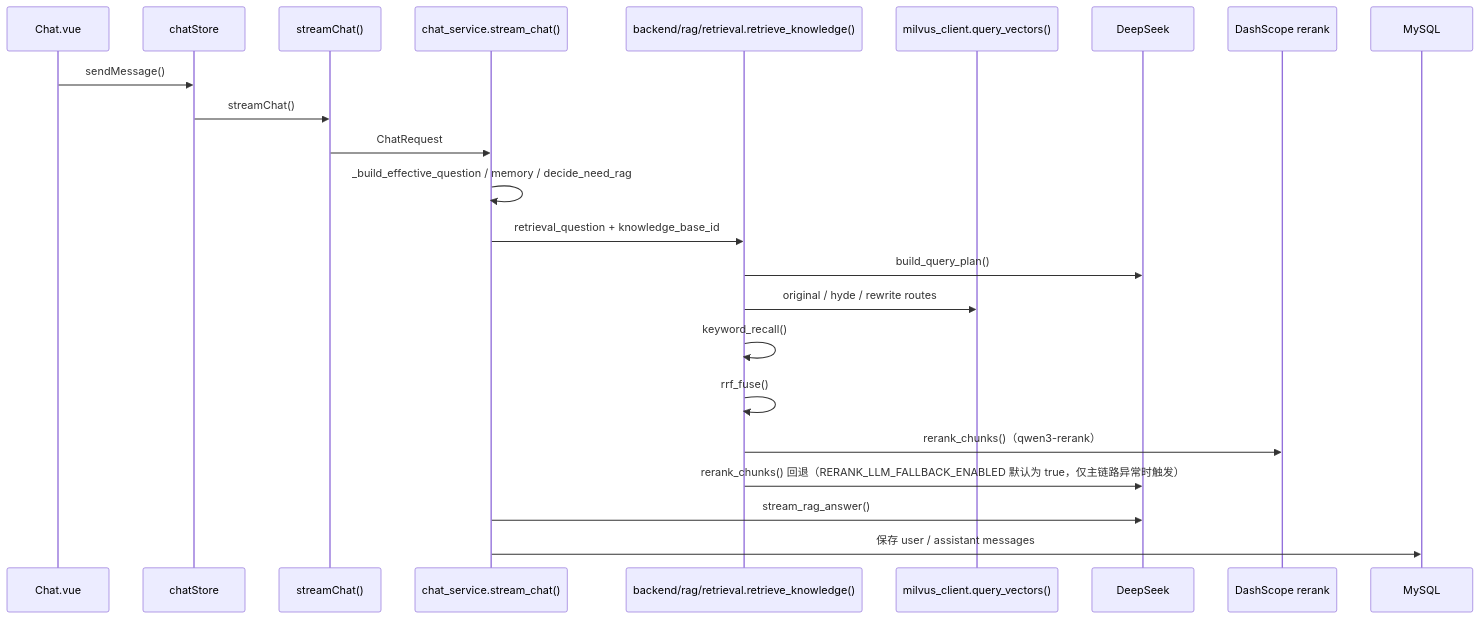
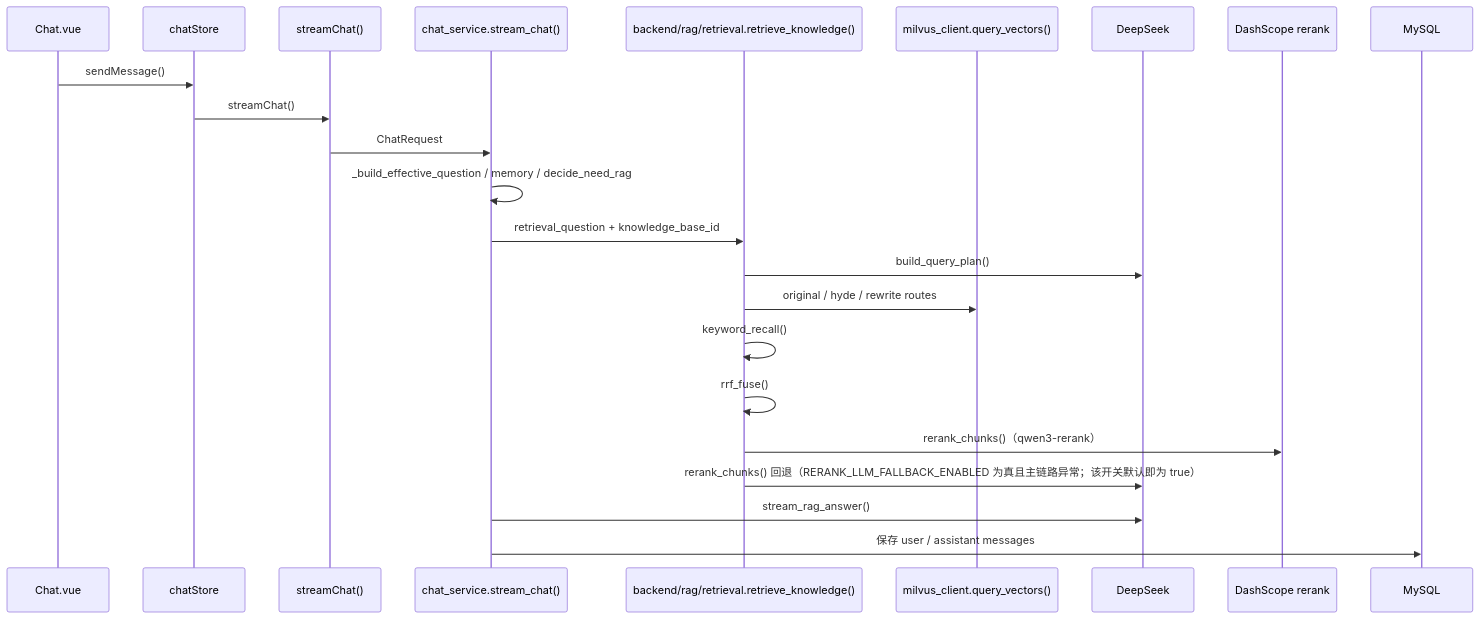
Before and after one commit to baiye-banned/Agent_about_answer: the eighth of 10 diagrams in docs/PROJECT_CODE_READING_ROADMAP.md, drawn with Mermaid. The commit also changed 2 other files, not shown here.

Commit message:
docs: correct three statements this branch itself introduced (#84)
Re-reading the branch's own edits against the scripts and sources turned up three
inaccuracies they added:

- DEVELOPING.md described the exemption list as printed on every run, but
  scan_secrets.sh guards that output with '[ -s $ALLOWED_FILE ]' and prints
  nothing when there is no exemption (confirmed on a fixture directory). The
  block also announced it would no longer keep an easily-stale copy while
  keeping one, and it restated a printing rule already given earlier in the
  same file. It now refers back to that rule and frames the number as a
  reading rather than the authority.
- PROJECT_CODE_READING_ROADMAP.md dropped the flag-is-true half of the rerank
  fallback condition while adding the default. backend/rag/rerank.py:27 still
  gates on the flag, so the condition is restored alongside the default.
- tests/README.md said markdownSanitize.test.js covers content limits;
  src/utils/sanitizeHtml.js has no length limit - it drops disallowed elements
  together with their content, which is what the tests assert.

````diff
--- a/docs/PROJECT_CODE_READING_ROADMAP.md
+++ b/docs/PROJECT_CODE_READING_ROADMAP.md
@@ -482,26 +482,26 @@
 ```mermaid
 sequenceDiagram
   participant C as Chat.vue
   participant Store as chatStore
   participant API as streamChat()
   participant B as chat_service.stream_chat()
   participant R as backend/rag/retrieval.retrieve_knowledge()
   participant V as milvus_client.query_vectors()
   participant L as DeepSeek
   participant P as DashScope rerank
   participant DB as MySQL
 
   C->>Store: sendMessage()
   Store->>API: streamChat()
   API->>B: ChatRequest
   B->>B: _build_effective_question / memory / decide_need_rag
   B->>R: retrieval_question + knowledge_base_id
   R->>L: build_query_plan()
   R->>V: original / hyde / rewrite routes
   R->>R: keyword_recall()
   R->>R: rrf_fuse()
   R->>P: rerank_chunks()（qwen3-rerank）
-  R->>L: rerank_chunks() 回退（RERANK_LLM_FALLBACK_ENABLED 默认为 true，仅主链路异常时触发）
+  R->>L: rerank_chunks() 回退（RERANK_LLM_FALLBACK_ENABLED 为真且主链路异常；该开关默认即为 true）
   B->>L: stream_rag_answer()
   B->>DB: 保存 user / assistant messages
 ```
````
